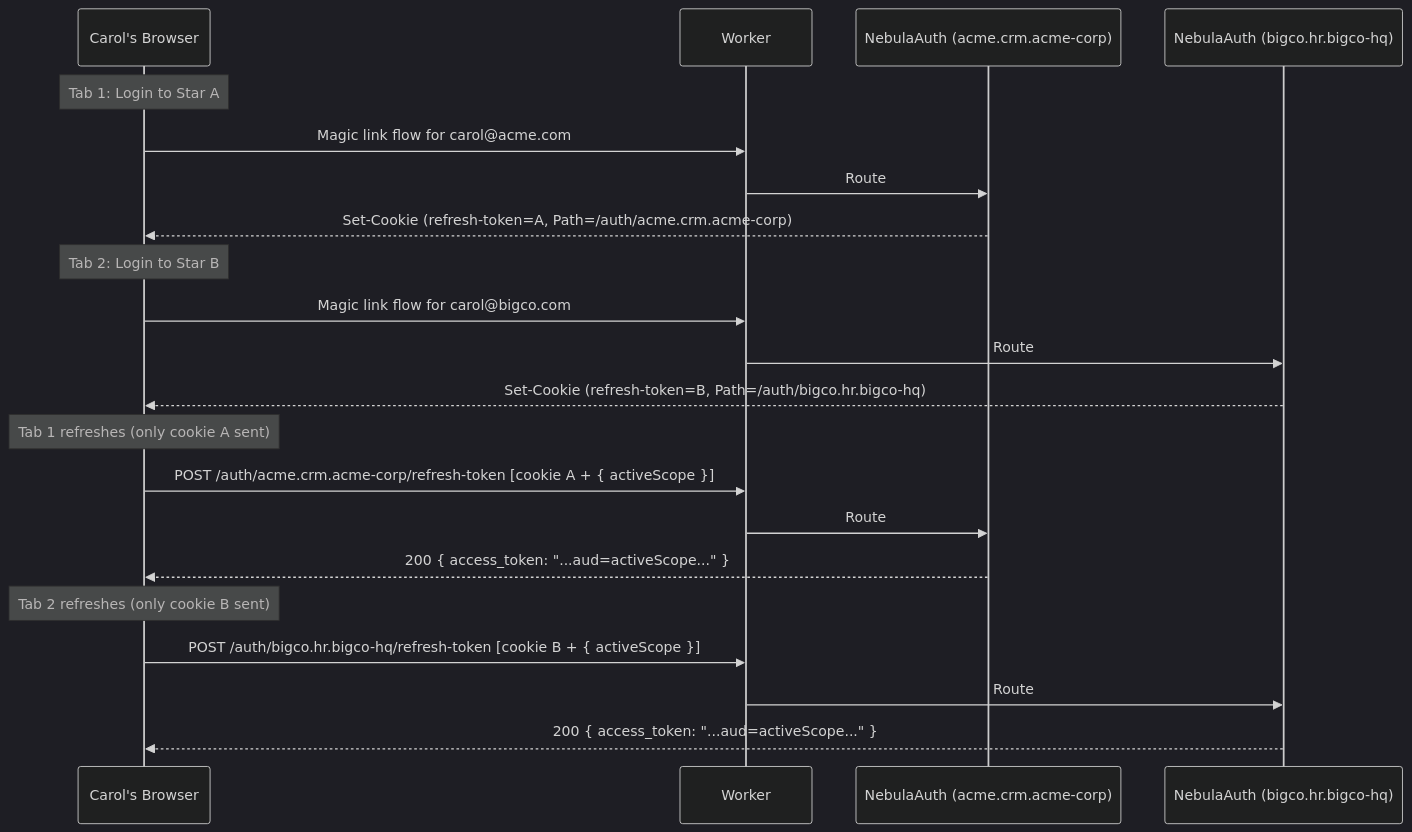
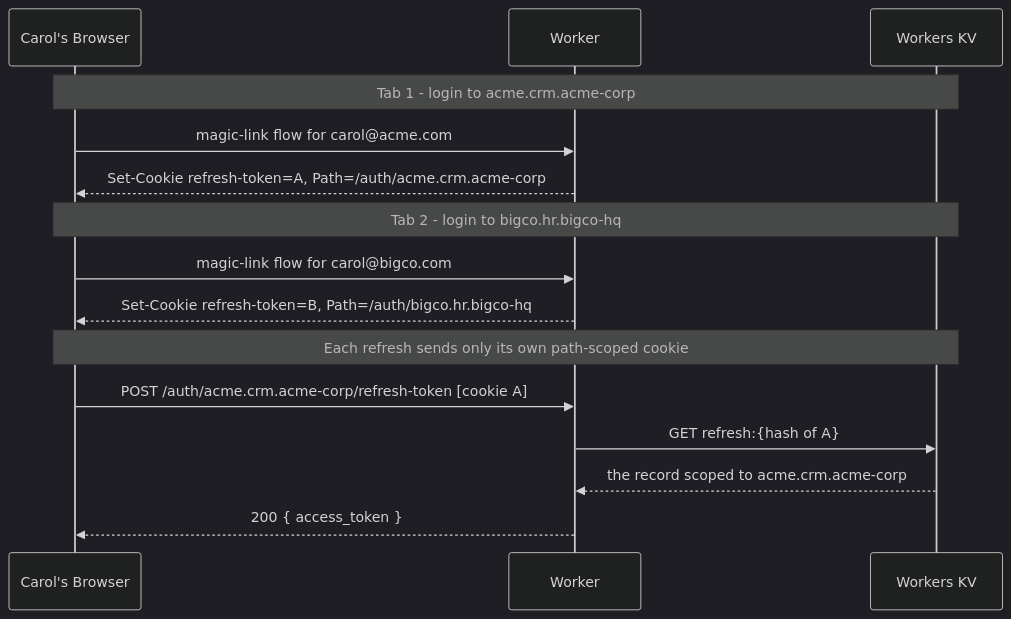
Before and after one commit to lumenize/lumenize: the eighth of 8 diagrams in packages/nebula-auth/README.md, drawn with Mermaid (dark theme). The commit also changed other lines of this file, not shown here.

First line of the commit message:
docs(nebula-auth): README describes the post-surrogate-sub architecture

````diff
--- a/packages/nebula-auth/README.md
+++ b/packages/nebula-auth/README.md
@@ -317,27 +340,20 @@
 ```mermaid
 sequenceDiagram
     participant C as Carol's Browser
     participant W as Worker
-    participant S1 as NebulaAuth (acme.crm.acme-corp)
-    participant S2 as NebulaAuth (bigco.hr.bigco-hq)
+    participant KV as Workers KV
 
-    Note over C: Tab 1: Login to Star A
-    C->>W: Magic link flow for carol@acme.com
-    W->>S1: Route
-    S1-->>C: Set-Cookie (refresh-token=A, Path=/auth/acme.crm.acme-corp)
+    Note over C,KV: Tab 1 - login to acme.crm.acme-corp
+    C->>W: magic-link flow for carol@acme.com
+    W-->>C: Set-Cookie refresh-token=A, Path=/auth/acme.crm.acme-corp
 
-    Note over C: Tab 2: Login to Star B
-    C->>W: Magic link flow for carol@bigco.com
-    W->>S2: Route
-    S2-->>C: Set-Cookie (refresh-token=B, Path=/auth/bigco.hr.bigco-hq)
+    Note over C,KV: Tab 2 - login to bigco.hr.bigco-hq
+    C->>W: magic-link flow for carol@bigco.com
+    W-->>C: Set-Cookie refresh-token=B, Path=/auth/bigco.hr.bigco-hq
 
-    Note over C: Tab 1 refreshes (only cookie A sent)
-    C->>W: POST /auth/acme.crm.acme-corp/refresh-token [cookie A + { activeScope }]
-    W->>S1: Route
-    S1-->>C: 200 { access_token: "...aud=activeScope..." }
-
-    Note over C: Tab 2 refreshes (only cookie B sent)
-    C->>W: POST /auth/bigco.hr.bigco-hq/refresh-token [cookie B + { activeScope }]
-    W->>S2: Route
-    S2-->>C: 200 { access_token: "...aud=activeScope..." }
+    Note over C,KV: Each refresh sends only its own path-scoped cookie
+    C->>W: POST /auth/acme.crm.acme-corp/refresh-token [cookie A]
+    W->>KV: GET refresh:{hash of A}
+    KV-->>W: the record scoped to acme.crm.acme-corp
+    W-->>C: 200 { access_token }
 ```
````
